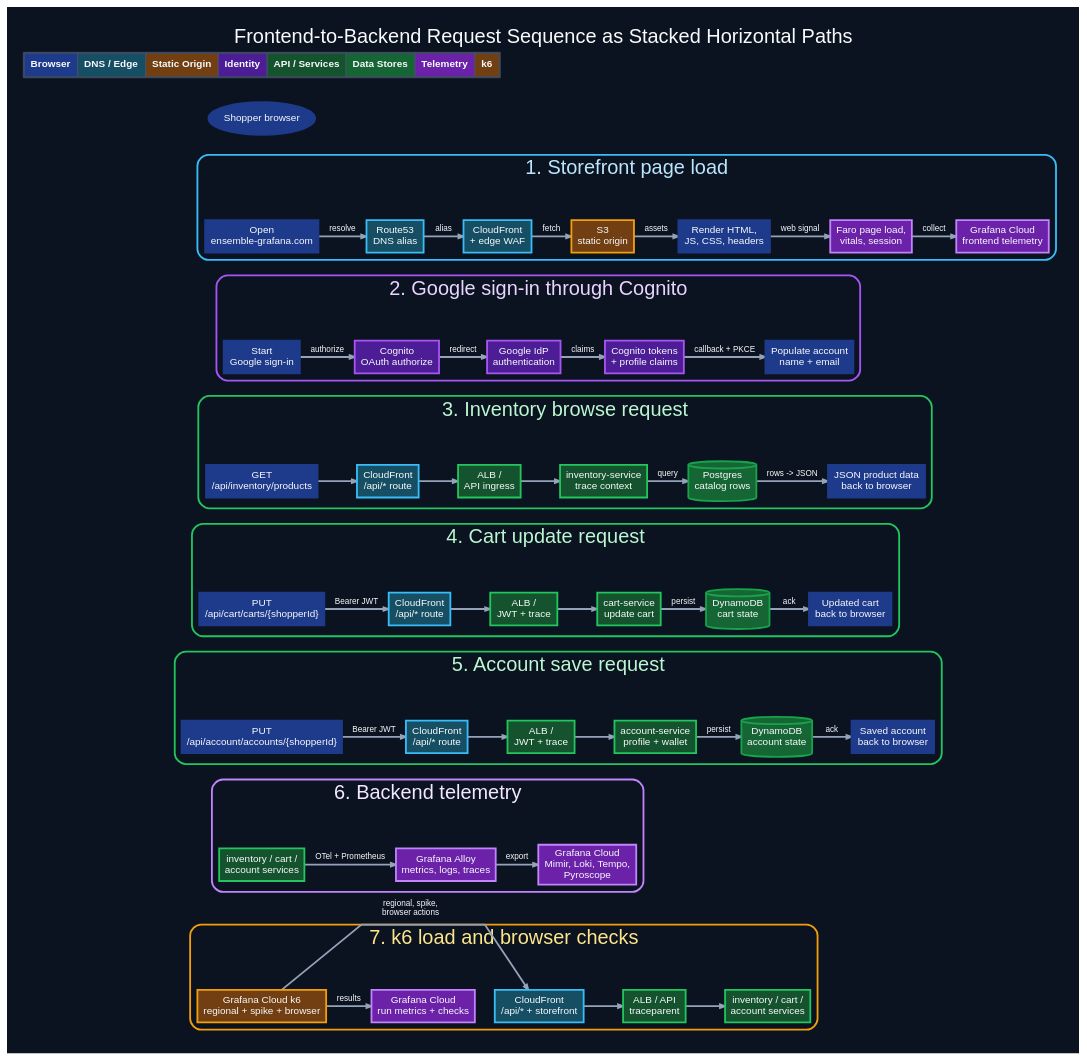
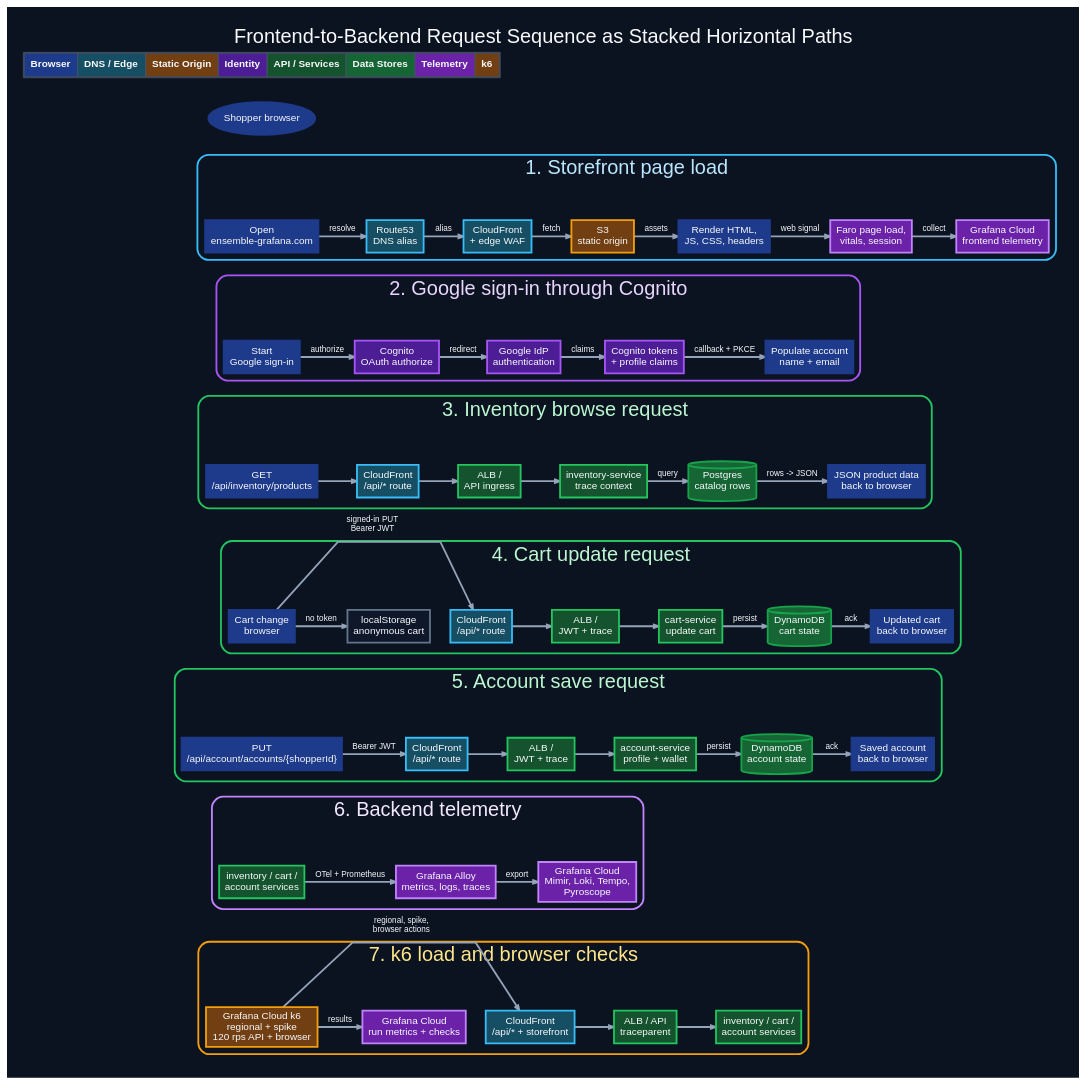
The diagram in docs/diagrams/sequence-diagram.dot (orenlion1/ensemble-retail), drawn with Graphviz before and after one commit. The commit also changed 47 other files, not shown here.

Commit message:
Raise traffic spike load to 120 rps

```diff
--- a/docs/diagrams/sequence-diagram.dot
+++ b/docs/diagrams/sequence-diagram.dot
@@ -1,187 +1,189 @@
 digraph sequence_dependency_diagram {
   label="Frontend-to-Backend Request Sequence as Stacked Horizontal Paths";
   labelloc=t;
   rankdir=TB;
 
   graph [
     fontname="Helvetica,Arial,sans-serif",
     fontsize=22,
     bgcolor="#0b1220",
     fontcolor="#f8fafc",
     newrank=true,
     nodesep=0.30,
     ranksep=0.35,
     splines=polyline,
     outputorder=edgesfirst,
     pad=0.25
   ];
 
   node [
     shape=box,
     style="filled,setlinewidth(2)",
     fontname="Helvetica,Arial,sans-serif",
     fontsize=11,
     color="#64748b",
     fillcolor="#111827",
     fontcolor="#f8fafc",
     margin="0.10,0.06"
   ];
 
   edge [
     fontname="Helvetica,Arial,sans-serif",
     fontsize=9,
     color="#94a3b8",
     fontcolor="#f8fafc",
     arrowsize=0.55,
     penwidth=2
   ];
 
   key [shape=plain, label=<
     <TABLE BORDER="1" CELLBORDER="1" CELLSPACING="0" CELLPADDING="6" COLOR="#475569">
       <TR><TD BGCOLOR="#1e3a8a"><FONT COLOR="#f8fafc"><B>Browser</B></FONT></TD>
       <TD BGCOLOR="#164e63"><FONT COLOR="#f8fafc"><B>DNS / Edge</B></FONT></TD>
       <TD BGCOLOR="#713f12"><FONT COLOR="#f8fafc"><B>Static Origin</B></FONT></TD>
       <TD BGCOLOR="#4c1d95"><FONT COLOR="#f8fafc"><B>Identity</B></FONT></TD>
       <TD BGCOLOR="#14532d"><FONT COLOR="#f8fafc"><B>API / Services</B></FONT></TD>
       <TD BGCOLOR="#166534"><FONT COLOR="#f8fafc"><B>Data Stores</B></FONT></TD>
       <TD BGCOLOR="#6b21a8"><FONT COLOR="#f8fafc"><B>Telemetry</B></FONT></TD>
       <TD BGCOLOR="#713f12"><FONT COLOR="#f8fafc"><B>k6</B></FONT></TD></TR>
     </TABLE>
   >];
 
   start [label="Shopper browser", shape=ellipse, fillcolor="#1e3a8a", color="#1e3a8a"];
 
   subgraph cluster_static {
     label="1. Storefront page load";
     graph [rank=same];
     color="#38bdf8";
     fontcolor="#bae6fd";
     style="rounded,setlinewidth(2)";
     static_browser [label="Open\nensemble-grafana.com", fillcolor="#1e3a8a", color="#1e3a8a", group=c1];
     static_dns [label="Route53\nDNS alias", fillcolor="#164e63", color="#38bdf8", group=c2];
     static_cf [label="CloudFront\n+ edge WAF", fillcolor="#164e63", color="#38bdf8", group=c3];
     static_s3 [label="S3\nstatic origin", fillcolor="#713f12", color="#f59e0b", group=c4];
     static_render [label="Render HTML,\nJS, CSS, headers", fillcolor="#1e3a8a", color="#1e3a8a", group=c5];
     static_faro [label="Faro page load,\nvitals, session", fillcolor="#6b21a8", color="#c084fc", group=c6];
     static_grafana [label="Grafana Cloud\nfrontend telemetry", fillcolor="#6b21a8", color="#c084fc", group=c7];
     static_browser -> static_dns [label="resolve"];
     static_dns -> static_cf [label="alias"];
     static_cf -> static_s3 [label="fetch"];
     static_s3 -> static_render [label="assets"];
     static_render -> static_faro [label="web signal"];
     static_faro -> static_grafana [label="collect"];
   }
 
   subgraph cluster_auth {
     label="2. Google sign-in through Cognito";
     graph [rank=same];
     color="#a855f7";
     fontcolor="#e9d5ff";
     style="rounded,setlinewidth(2)";
     auth_browser [label="Start\nGoogle sign-in", fillcolor="#1e3a8a", color="#1e3a8a", group=c1];
     auth_cognito [label="Cognito\nOAuth authorize", fillcolor="#4c1d95", color="#a855f7", group=c2];
     auth_google [label="Google IdP\nauthentication", fillcolor="#4c1d95", color="#a855f7", group=c3];
     auth_claims [label="Cognito tokens\n+ profile claims", fillcolor="#4c1d95", color="#a855f7", group=c4];
     auth_account [label="Populate account\nname + email", fillcolor="#1e3a8a", color="#1e3a8a", group=c5];
     auth_browser -> auth_cognito [label="authorize"];
     auth_cognito -> auth_google [label="redirect"];
     auth_google -> auth_claims [label="claims"];
     auth_claims -> auth_account [label="callback + PKCE"];
   }
 
   subgraph cluster_inventory {
     label="3. Inventory browse request";
     graph [rank=same];
     color="#22c55e";
     fontcolor="#bbf7d0";
     style="rounded,setlinewidth(2)";
     inv_browser [label="GET\n/api/inventory/products", fillcolor="#1e3a8a", color="#1e3a8a", group=c1];
     inv_cf [label="CloudFront\n/api/* route", fillcolor="#164e63", color="#38bdf8", group=c2];
     inv_api [label="ALB /\nAPI ingress", fillcolor="#14532d", color="#22c55e", group=c3];
     inv_service [label="inventory-service\ntrace context", fillcolor="#14532d", color="#22c55e", group=c4];
     inv_db [label="Postgres\ncatalog rows", shape=cylinder, fillcolor="#166534", color="#16a34a", group=c5];
     inv_response [label="JSON product data\nback to browser", fillcolor="#1e3a8a", color="#1e3a8a", group=c6];
     inv_browser -> inv_cf;
     inv_cf -> inv_api;
     inv_api -> inv_service;
     inv_service -> inv_db [label="query"];
     inv_db -> inv_response [label="rows -> JSON"];
   }
 
   subgraph cluster_cart {
     label="4. Cart update request";
     graph [rank=same];
     color="#22c55e";
     fontcolor="#bbf7d0";
     style="rounded,setlinewidth(2)";
-    cart_browser [label="PUT\n/api/cart/carts/{shopperId}", fillcolor="#1e3a8a", color="#1e3a8a", group=c1];
+    cart_browser [label="Cart change\nbrowser", fillcolor="#1e3a8a", color="#1e3a8a", group=c1];
     cart_cf [label="CloudFront\n/api/* route", fillcolor="#164e63", color="#38bdf8", group=c2];
     cart_api [label="ALB /\nJWT + trace", fillcolor="#14532d", color="#22c55e", group=c3];
     cart_service [label="cart-service\nupdate cart", fillcolor="#14532d", color="#22c55e", group=c4];
     cart_db [label="DynamoDB\ncart state", shape=cylinder, fillcolor="#166534", color="#16a34a", group=c5];
     cart_response [label="Updated cart\nback to browser", fillcolor="#1e3a8a", color="#1e3a8a", group=c6];
-    cart_browser -> cart_cf [label="Bearer JWT"];
+    cart_local [label="localStorage\nanonymous cart", fillcolor="#0f172a", color="#64748b", group=c2];
+    cart_browser -> cart_local [label="no token"];
+    cart_browser -> cart_cf [label="signed-in PUT\nBearer JWT"];
     cart_cf -> cart_api;
     cart_api -> cart_service;
     cart_service -> cart_db [label="persist"];
     cart_db -> cart_response [label="ack"];
   }
 
   subgraph cluster_account {
     label="5. Account save request";
     graph [rank=same];
     color="#22c55e";
     fontcolor="#bbf7d0";
     style="rounded,setlinewidth(2)";
     acct_browser [label="PUT\n/api/account/accounts/{shopperId}", fillcolor="#1e3a8a", color="#1e3a8a", group=c1];
     acct_cf [label="CloudFront\n/api/* route", fillcolor="#164e63", color="#38bdf8", group=c2];
     acct_api [label="ALB /\nJWT + trace", fillcolor="#14532d", color="#22c55e", group=c3];
     acct_service [label="account-service\nprofile + wallet", fillcolor="#14532d", color="#22c55e", group=c4];
     acct_db [label="DynamoDB\naccount state", shape=cylinder, fillcolor="#166534", color="#16a34a", group=c5];
     acct_response [label="Saved account\nback to browser", fillcolor="#1e3a8a", color="#1e3a8a", group=c6];
     acct_browser -> acct_cf [label="Bearer JWT"];
     acct_cf -> acct_api;
     acct_api -> acct_service;
     acct_service -> acct_db [label="persist"];
     acct_db -> acct_response [label="ack"];
   }
 
   subgraph cluster_telemetry {
     label="6. Backend telemetry";
     graph [rank=same];
     color="#c084fc";
     fontcolor="#f3e8ff";
     style="rounded,setlinewidth(2)";
     telemetry_services [label="inventory / cart /\naccount services", fillcolor="#14532d", color="#22c55e", group=c1];
     telemetry_alloy [label="Grafana Alloy\nmetrics, logs, traces", fillcolor="#6b21a8", color="#c084fc", group=c2];
     telemetry_grafana [label="Grafana Cloud\nMimir, Loki, Tempo,\nPyroscope", fillcolor="#6b21a8", color="#c084fc", group=c3];
     telemetry_services -> telemetry_alloy [label="OTel + Prometheus"];
     telemetry_alloy -> telemetry_grafana [label="export"];
   }
 
   subgraph cluster_k6 {
     label="7. k6 load and browser checks";
     graph [rank=same];
     color="#f59e0b";
     fontcolor="#fde68a";
     style="rounded,setlinewidth(2)";
-    k6_runner [label="Grafana Cloud k6\nregional + spike + browser", fillcolor="#713f12", color="#f59e0b", group=c1];
+    k6_runner [label="Grafana Cloud k6\nregional + spike\n120 rps API + browser", fillcolor="#713f12", color="#f59e0b", group=c1];
     k6_cf [label="CloudFront\n/api/* + storefront", fillcolor="#164e63", color="#38bdf8", group=c2];
     k6_api [label="ALB / API\ntraceparent", fillcolor="#14532d", color="#22c55e", group=c3];
     k6_services [label="inventory / cart /\naccount services", fillcolor="#14532d", color="#22c55e", group=c4];
     k6_grafana [label="Grafana Cloud\nrun metrics + checks", fillcolor="#6b21a8", color="#c084fc", group=c5];
     k6_runner -> k6_cf [label="regional, spike,\nbrowser actions"];
     k6_cf -> k6_api;
     k6_api -> k6_services;
     k6_runner -> k6_grafana [label="results"];
   }
 
   key -> start [style=invis, weight=20];
   start -> static_browser [style=invis, weight=20];
   static_browser -> auth_browser [style=invis, weight=20];
   auth_browser -> inv_browser [style=invis, weight=20];
   inv_browser -> cart_browser [style=invis, weight=20];
   cart_browser -> acct_browser [style=invis, weight=20];
   acct_browser -> telemetry_services [style=invis, weight=20];
   telemetry_services -> k6_runner [style=invis, weight=20];
 }
```
